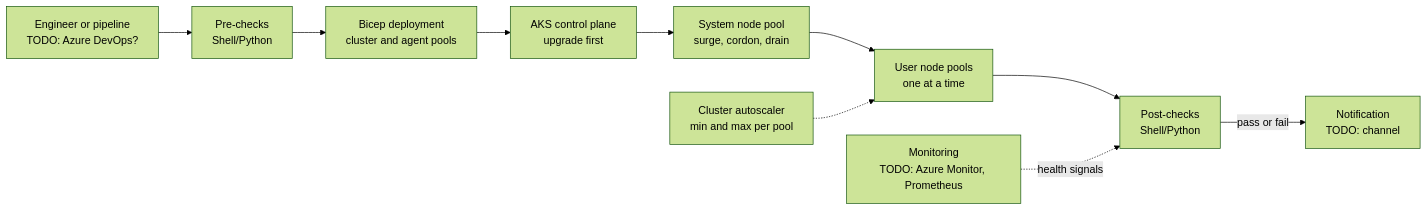
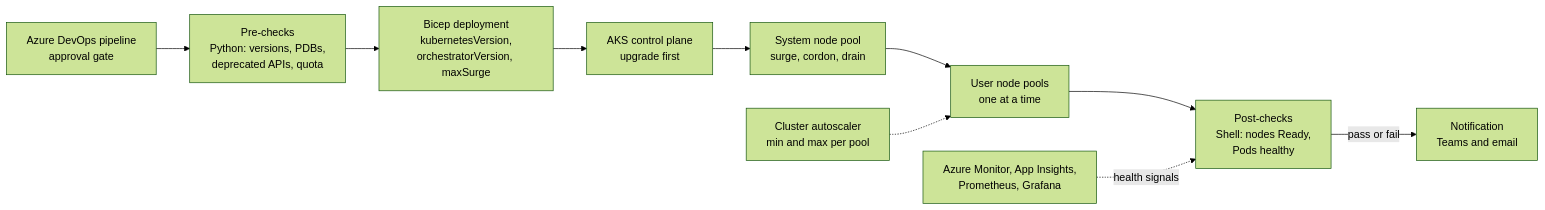
The diagram in my-projects/01-aks-zero-downtime-upgrades.md (SivaKumarMahan/interview-questions), drawn with Mermaid (forest theme) before and after one commit. The commit also changed other lines of this file and 13 other files, not shown here.

````diff
--- a/my-projects/01-aks-zero-downtime-upgrades.md
+++ b/my-projects/01-aks-zero-downtime-upgrades.md
@@ -51,12 +51,12 @@
 ```mermaid
 flowchart LR
-    ENG["Engineer or pipeline<br/>TODO: Azure DevOps?"] --> PRE["Pre-checks<br/>Shell/Python"]
-    PRE --> BICEP["Bicep deployment<br/>cluster and agent pools"]
+    ENG["Azure DevOps pipeline<br/>approval gate"] --> PRE["Pre-checks<br/>Python: versions, PDBs,<br/>deprecated APIs, quota"]
+    PRE --> BICEP["Bicep deployment<br/>kubernetesVersion,<br/>orchestratorVersion, maxSurge"]
     BICEP --> CP["AKS control plane<br/>upgrade first"]
     CP --> SYS["System node pool<br/>surge, cordon, drain"]
     SYS --> USR["User node pools<br/>one at a time"]
-    USR --> POST["Post-checks<br/>Shell/Python"]
+    USR --> POST["Post-checks<br/>Shell: nodes Ready,<br/>Pods healthy"]
     CA["Cluster autoscaler<br/>min and max per pool"] -.-> USR
-    MON["Monitoring<br/>TODO: Azure Monitor, Prometheus"] -.->|"health signals"| POST
-    POST -->|"pass or fail"| NOTIFY["Notification<br/>TODO: channel"]
+    MON["Azure Monitor, App Insights,<br/>Prometheus, Grafana"] -.->|"health signals"| POST
+    POST -->|"pass or fail"| NOTIFY["Notification<br/>Teams and email"]
 ```
````
